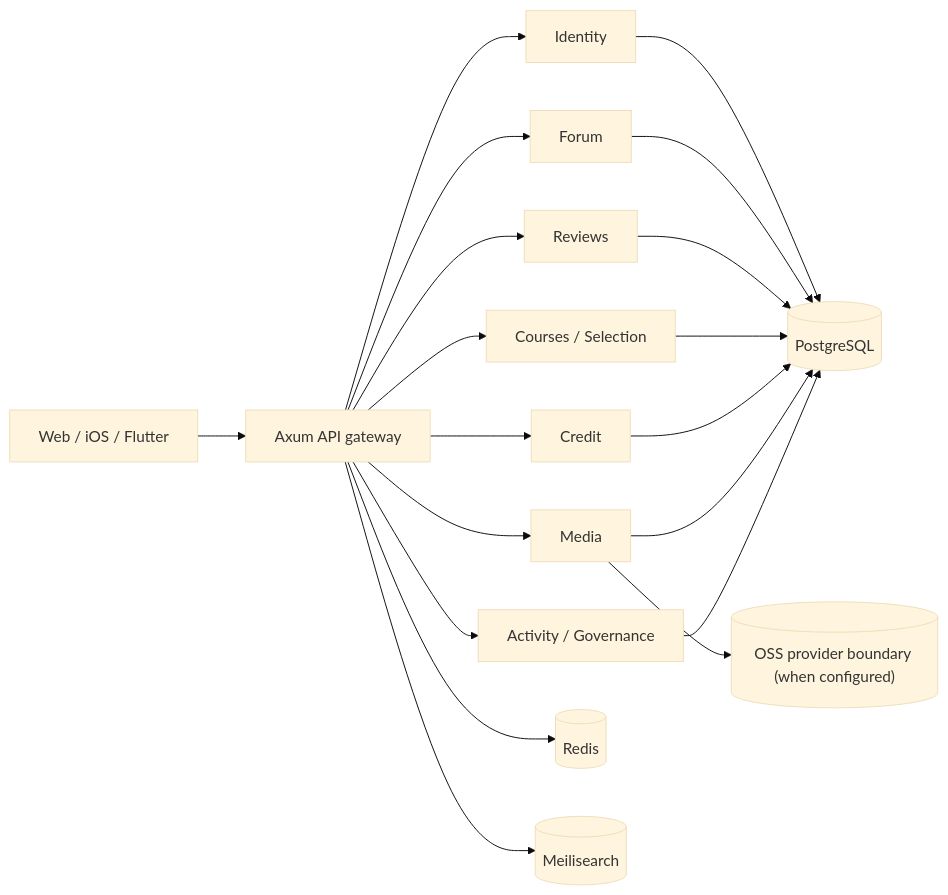
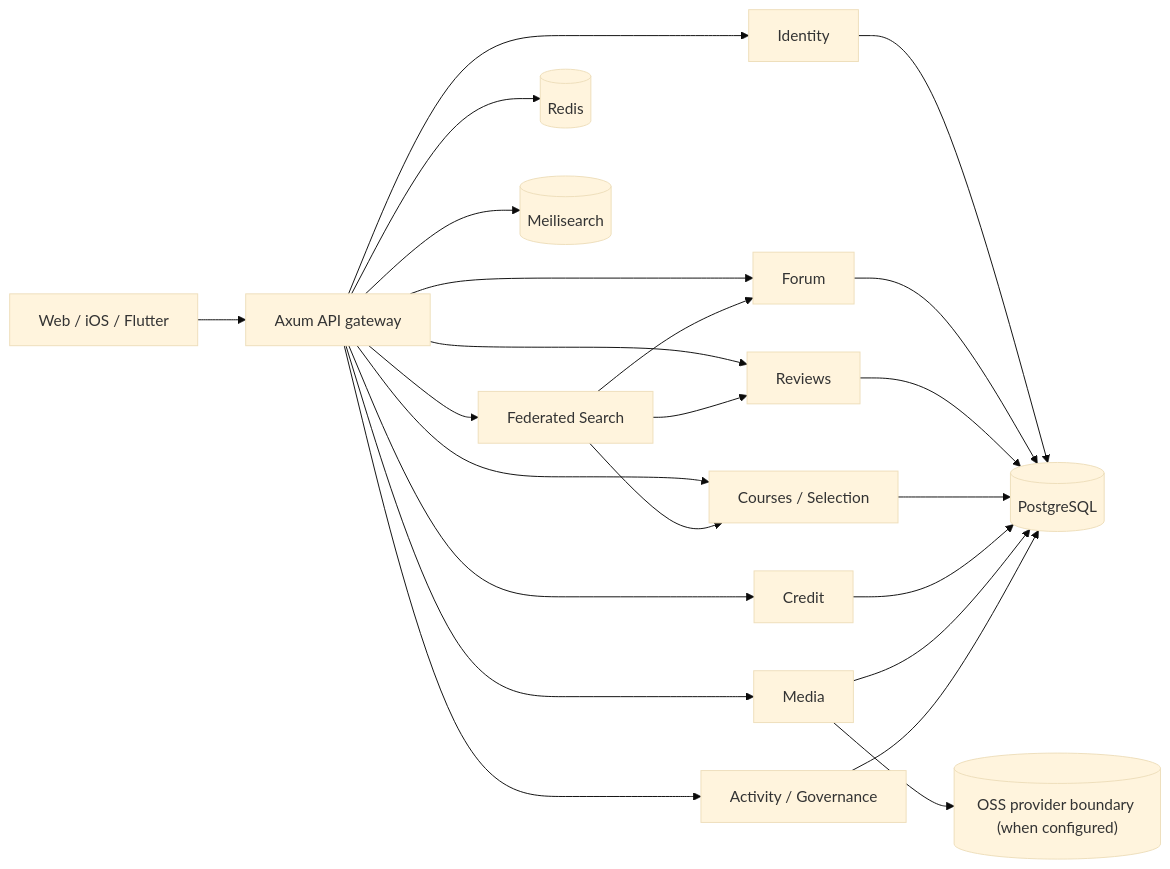
The diagram in docs/architecture/system-overview.md (YourTongji/YourTJ-Platform), drawn with Mermaid (base theme) before and after one commit. The commit also changed other lines of this file and 31 other files, not shown here.

Commit message:
feat(search): add visibility-safe federated search

````diff
--- a/docs/architecture/system-overview.md
+++ b/docs/architecture/system-overview.md
@@ -16,24 +16,28 @@
 ```mermaid
 flowchart LR
     accTitle: YourTJ 当前系统结构
     accDescr: Web 和其他客户端通过 Axum API 访问各领域服务，PostgreSQL 保存业务事实，Redis、Meilisearch 和 OSS 保存可重建投影或媒体对象。
 
     C["Web / iOS / Flutter"] --> A["Axum API gateway"]
     A --> I["Identity"]
     A --> F["Forum"]
     A --> R["Reviews"]
     A --> K["Courses / Selection"]
     A --> P["Credit"]
     A --> M["Media"]
     A --> V["Activity / Governance"]
+    A --> S["Federated Search"]
     I --> DB[("PostgreSQL")]
     F --> DB
     R --> DB
     K --> DB
     P --> DB
     M --> DB
     V --> DB
+    S --> K
+    S --> R
+    S --> F
     A --> Redis[("Redis")]
     A --> Meili[("Meilisearch")]
     M --> OSS[("OSS provider boundary (when configured)")]
 ```
````
